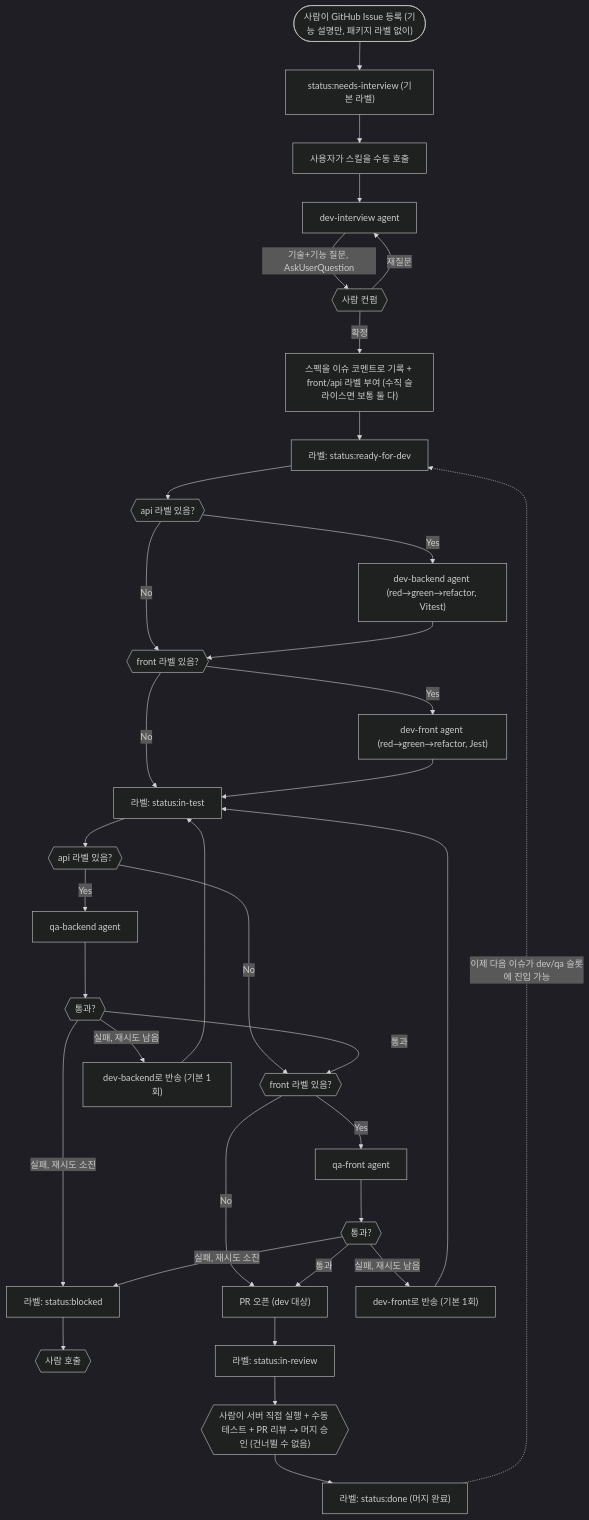
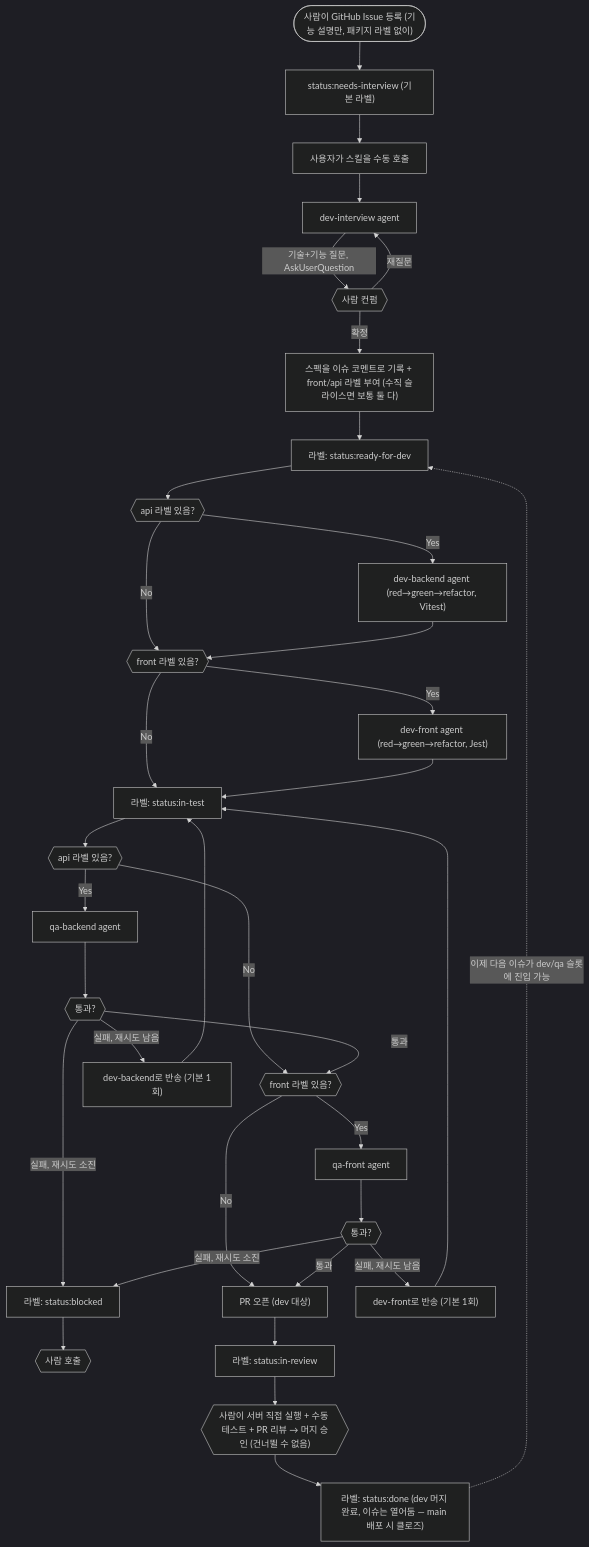
One commit to Yuuuk94/meta-scan changed the diagram in docs/harness/tdd-issue-loop.md. Above: the diagram before and after it, drawn with Mermaid (dark theme). The commit also changed other lines of this file and 1 other file, not shown here.

First line of the commit message:
docs(harness): correct issue-close policy — close on main deploy, not dev merge

````diff
--- a/docs/harness/tdd-issue-loop.md
+++ b/docs/harness/tdd-issue-loop.md
@@ -68,39 +69,39 @@
 ```mermaid
 flowchart TD
   PERSON(["사람이 GitHub Issue 등록 (기능 설명만, 패키지 라벨 없이)"]) --> LBL["status:needs-interview (기본 라벨)"]
   LBL --> INVOKE["사용자가 스킬을 수동 호출"]
   INVOKE --> INTERVIEW["dev-interview agent"]
 
   INTERVIEW -->|기술+기능 질문, AskUserQuestion| GATE{{"사람 컨펌"}}
   GATE -- 재질문 --> INTERVIEW
   GATE -- 확정 --> SPEC["스펙을 이슈 코멘트로 기록 + front/api 라벨 부여 (수직 슬라이스면 보통 둘 다)"]
   SPEC --> L1["라벨: status:ready-for-dev"]
 
   L1 --> CHKB{{"api 라벨 있음?"}}
   CHKB -- Yes --> DEVB["dev-backend agent (red→green→refactor, Vitest)"]
   CHKB -- No --> CHKF1
   DEVB --> CHKF1{{"front 라벨 있음?"}}
   CHKF1 -- Yes --> DEVF["dev-front agent (red→green→refactor, Jest)"]
   CHKF1 -- No --> L2
   DEVF --> L2["라벨: status:in-test"]
 
   L2 --> CHKB2{{"api 라벨 있음?"}}
   CHKB2 -- Yes --> QAB["qa-backend agent"]
   CHKB2 -- No --> CHKF2
   QAB --> VERIFYB{{"통과?"}}
   VERIFYB -- 실패, 재시도 남음 --> RETRYB["dev-backend로 반송 (기본 1회)"] --> L2
   VERIFYB -- 실패, 재시도 소진 --> BLOCKED["라벨: status:blocked"]
   VERIFYB -- 통과 --> CHKF2{{"front 라벨 있음?"}}
   CHKF2 -- Yes --> QAF["qa-front agent"]
   CHKF2 -- No --> PR
   QAF --> VERIFYF{{"통과?"}}
   VERIFYF -- 실패, 재시도 남음 --> RETRYF["dev-front로 반송 (기본 1회)"] --> L2
   VERIFYF -- 실패, 재시도 소진 --> BLOCKED
   VERIFYF -- 통과 --> PR["PR 오픈 (dev 대상)"]
 
   BLOCKED --> HUMANBLOCK{{"사람 호출"}}
   PR --> L3["라벨: status:in-review"]
   L3 --> HUMAN{{"사람이 서버 직접 실행 + 수동 테스트 + PR 리뷰 → 머지 승인 (건너뛸 수 없음)"}}
-  HUMAN --> DONE["라벨: status:done (머지 완료)"]
+  HUMAN --> DONE["라벨: status:done (dev 머지 완료, 이슈는 열어둠 — main 배포 시 클로즈)"]
   DONE -.->|"이제 다음 이슈가 dev/qa 슬롯에 진입 가능"| L1
 ```
````
